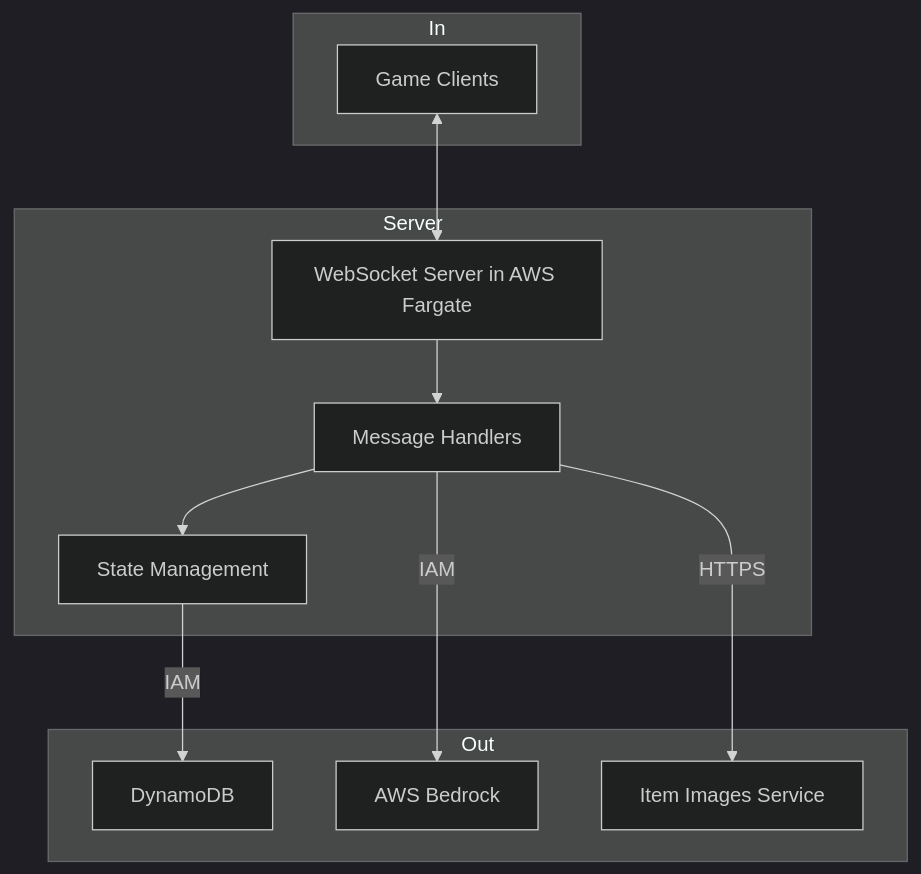
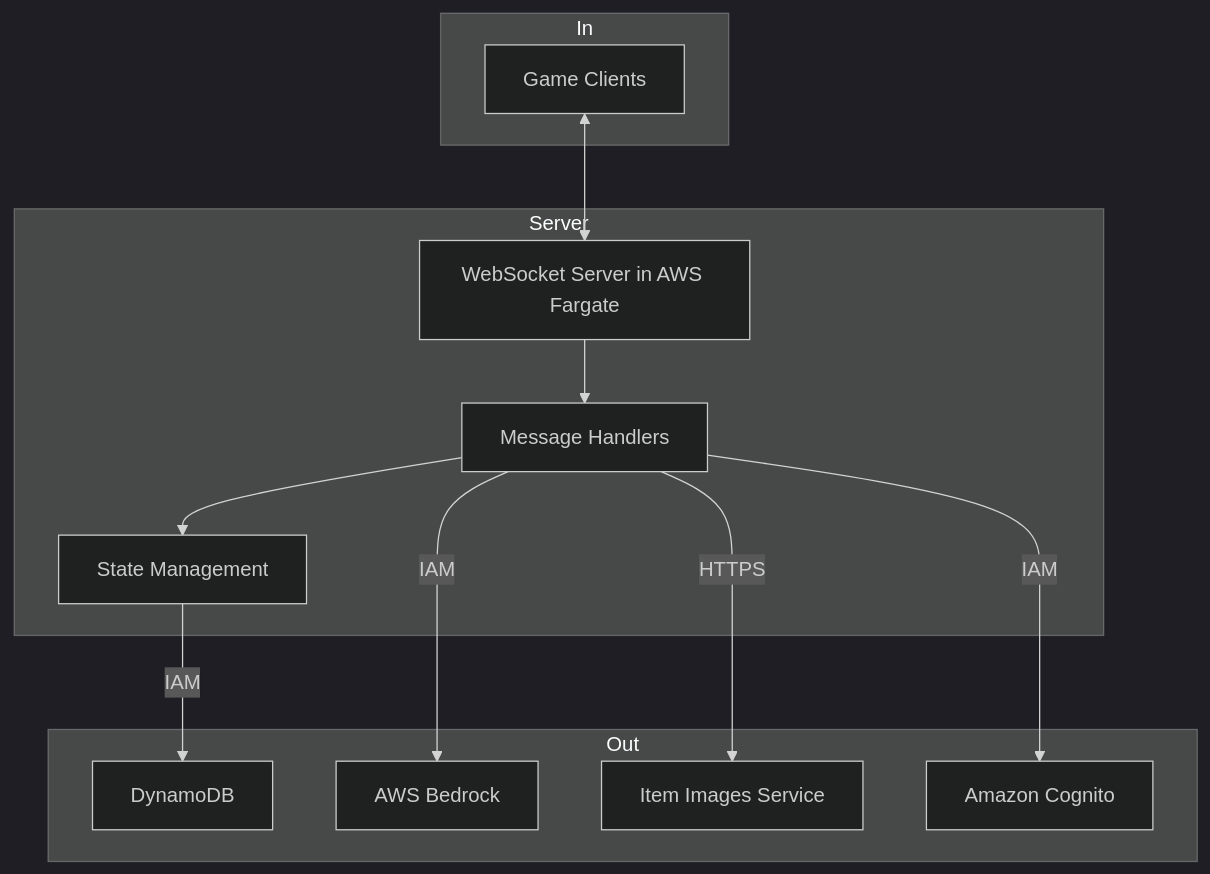
One commit to kirodotdev/spirit-of-kiro changed the third of 4 diagrams in docs/appsec-overview.md. Above: the diagram before and after it, drawn with Mermaid (dark theme). The commit also changed other lines of this file and 1 other file, not shown here.

Commit message:
Updating docs with Cognito

````diff
--- a/docs/appsec-overview.md
+++ b/docs/appsec-overview.md
@@ -70,25 +69,27 @@
 ```mermaid
 graph TB
     subgraph Server
         WS[WebSocket Server in AWS Fargate]
         Handlers[Message Handlers]
         State[State Management]
     end
 
     subgraph In
         Client[Game Clients]
     end
 
     subgraph Out
         DB[DynamoDB]
         Bedrock[AWS Bedrock]
         Images[Item Images Service]
+        Cognito[Amazon Cognito]
     end
 
     Client <--> WS
     WS --> Handlers
     Handlers --> State
     State -->|IAM|DB
     Handlers -->|IAM|Bedrock
     Handlers -->|HTTPS|Images
+    Handlers -->|IAM|Cognito
 ```
````
